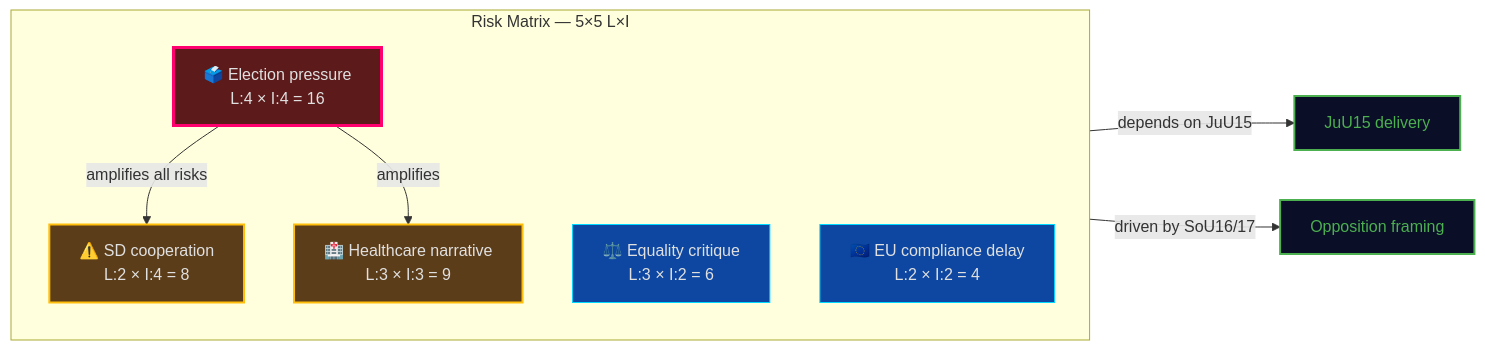
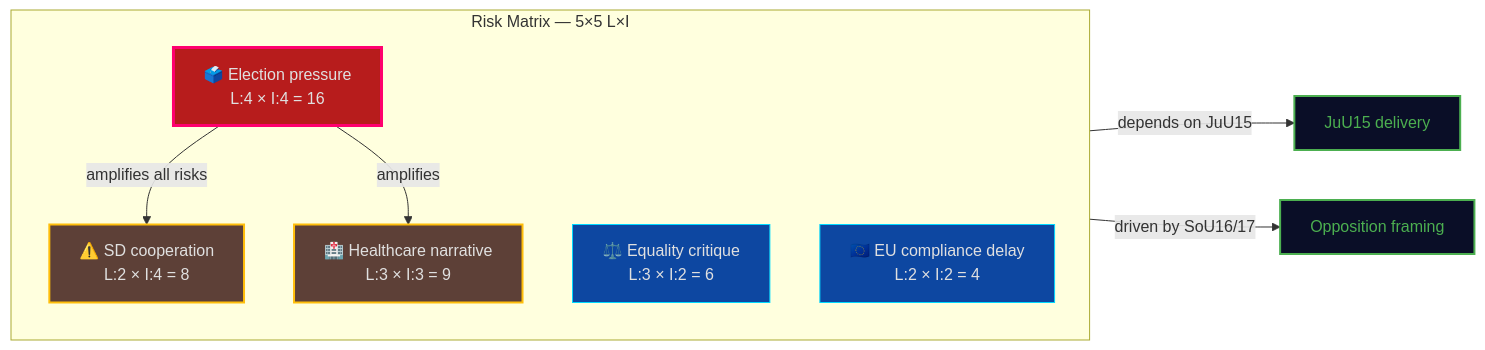
The diagram in analysis/daily/2026-04-02/committeeReports/risk-assessment.md (Hack23/riksdagsmonitor), drawn with Mermaid before and after one commit. The commit also changed 121 other files, not shown here.

````diff
--- a/analysis/daily/2026-04-02/committeeReports/risk-assessment.md
+++ b/analysis/daily/2026-04-02/committeeReports/risk-assessment.md
@@ -12,21 +12,21 @@
 ```mermaid
 graph LR
     subgraph "Risk Matrix — 5×5 L×I"
         direction TB
         R1["⚠️ SD cooperation<br/>L:2 × I:4 = 8"]:::moderate
         R2["🏥 Healthcare narrative<br/>L:3 × I:3 = 9"]:::moderate
         R3["⚖️ Equality critique<br/>L:3 × I:2 = 6"]:::low
         R4["🗳️ Election pressure<br/>L:4 × I:4 = 16"]:::high
         R5["🇪🇺 EU compliance delay<br/>L:2 × I:2 = 4"]:::low
     end
 
     R1 -->|"depends on JuU15"| D1["JuU15 delivery"]:::action
     R2 -->|"driven by SoU16/17"| D2["Opposition framing"]:::action
     R4 -->|"amplifies all risks"| R1
     R4 -->|"amplifies"| R2
 
-    classDef high fill:#5c1a1a,stroke:#ff006e,color:#e0e0e0,stroke-width:3px
-    classDef moderate fill:#5c3d1a,stroke:#ffbe0b,color:#e0e0e0,stroke-width:2px
+    classDef high fill:#B71C1C,stroke:#ff006e,color:#e0e0e0,stroke-width:3px
+    classDef moderate fill:#5D4037,stroke:#ffbe0b,color:#e0e0e0,stroke-width:2px
     classDef low fill:#0D47A1,stroke:#00d9ff,color:#e0e0e0
     classDef action fill:#0a0e27,stroke:#4CAF50,color:#4CAF50,stroke-width:2px
 ```
````
